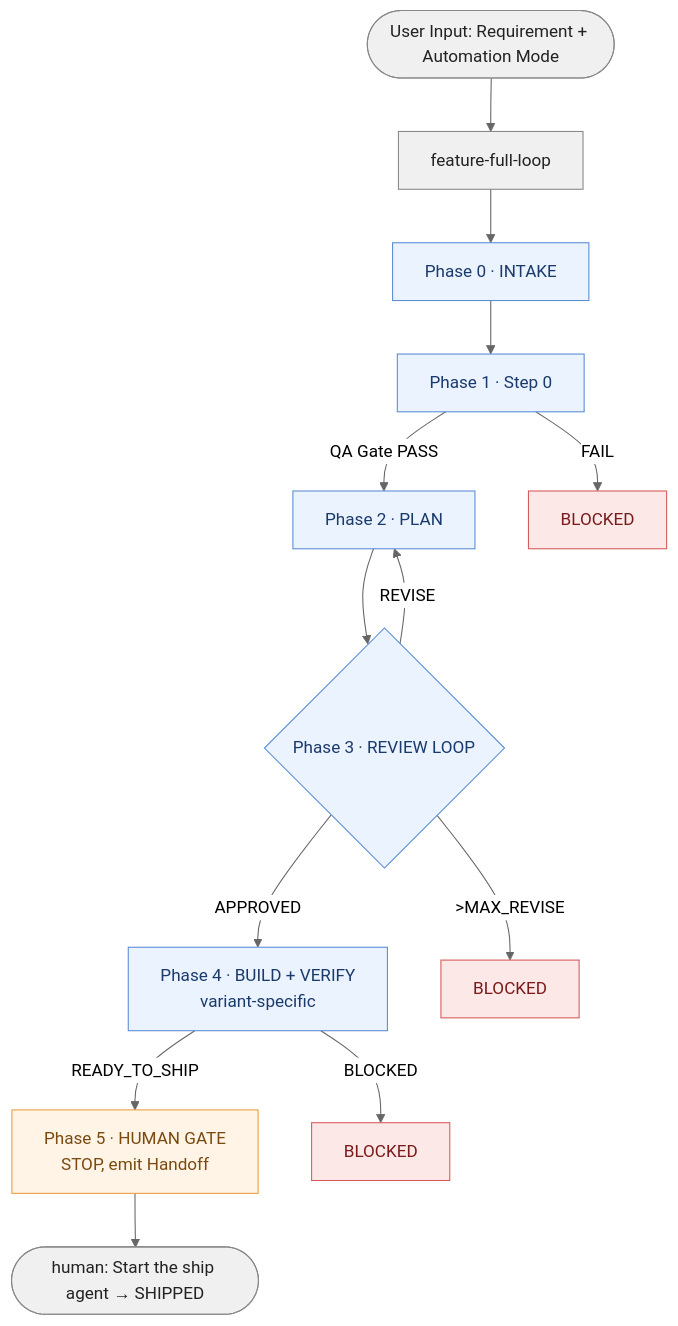
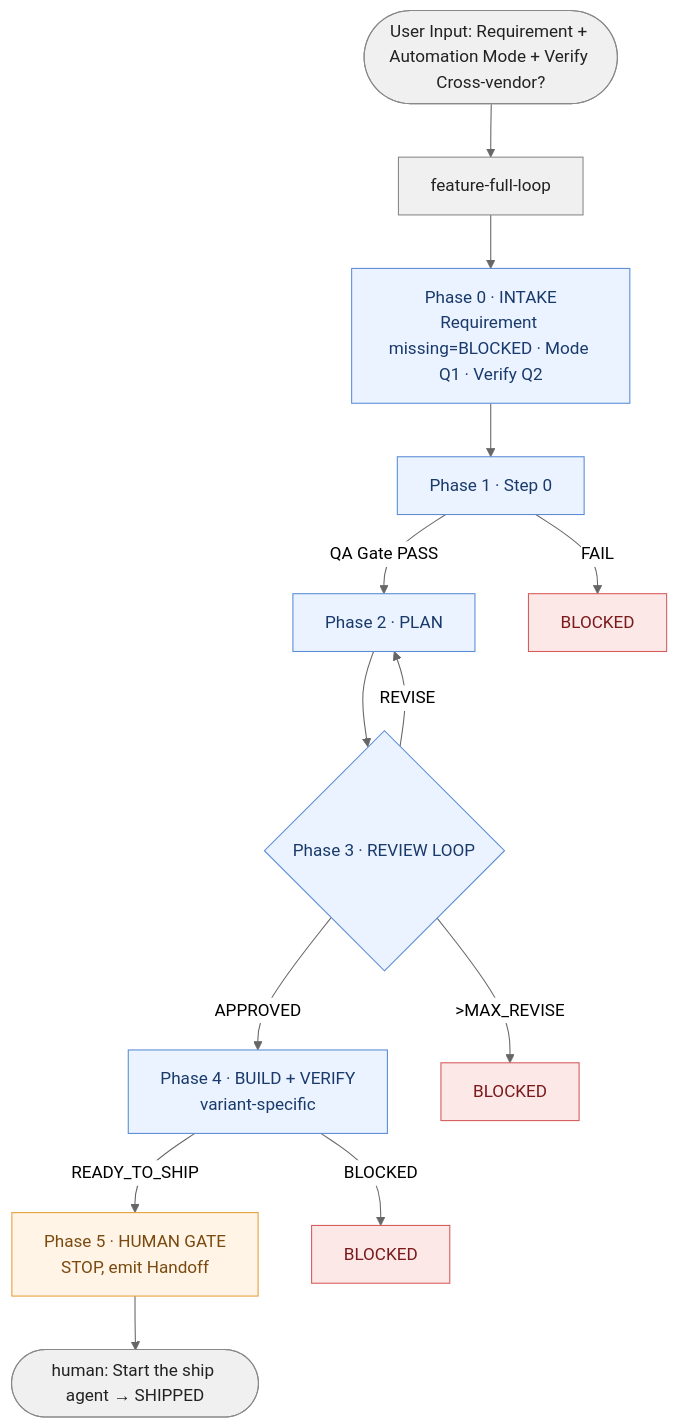
Before and after one commit to jinlong17/XAI_Desktop: the second of 2 diagrams in docs/workflow/_portable/usage-guide.md, drawn with Mermaid (neutral theme). The commit also changed other lines of this file and 147 other files, not shown here.

````diff
--- a/docs/workflow/_portable/usage-guide.md
+++ b/docs/workflow/_portable/usage-guide.md
@@ -382,24 +404,24 @@
 ```mermaid
 flowchart TD
-  U([User Input: Requirement + Automation Mode]) --> FL[feature-full-loop]
-  FL --> P0[Phase 0 · INTAKE]
+  U([User Input: Requirement + Automation Mode + Verify Cross-vendor?]) --> FL[feature-full-loop]
+  FL --> P0[Phase 0 · INTAKE<br/>Requirement missing=BLOCKED · Mode Q1 · Verify Q2]
   P0 --> P1[Phase 1 · Step 0]
   P1 -->|QA Gate PASS| P2[Phase 2 · PLAN]
   P1 -->|FAIL| B1[BLOCKED]
   P2 --> P3{Phase 3 · REVIEW LOOP}
   P3 -->|APPROVED| P4[Phase 4 · BUILD + VERIFY<br/>variant-specific]
   P3 -->|REVISE| P2
   P3 -->|>MAX_REVISE| B2[BLOCKED]
   P4 -->|READY_TO_SHIP| P5[Phase 5 · HUMAN GATE<br/>STOP, emit Handoff]
   P4 -->|BLOCKED| B3[BLOCKED]
   P5 --> SHIP([human: Start the ship agent → SHIPPED])
 
   classDef phase fill:#eaf3ff,stroke:#5a8dd6,color:#1a3a6b;
   classDef gate fill:#fff4e6,stroke:#e89e3c,color:#7a4a10;
   classDef blocked fill:#fde8e8,stroke:#d65a5a,color:#7a1a1a;
   classDef io fill:#f0f0f0,stroke:#888,color:#222;
   class P0,P1,P2,P3,P4 phase;
   class P5 gate;
   class B1,B2,B3 blocked;
   class U,SHIP,FL io;
 ```
````
